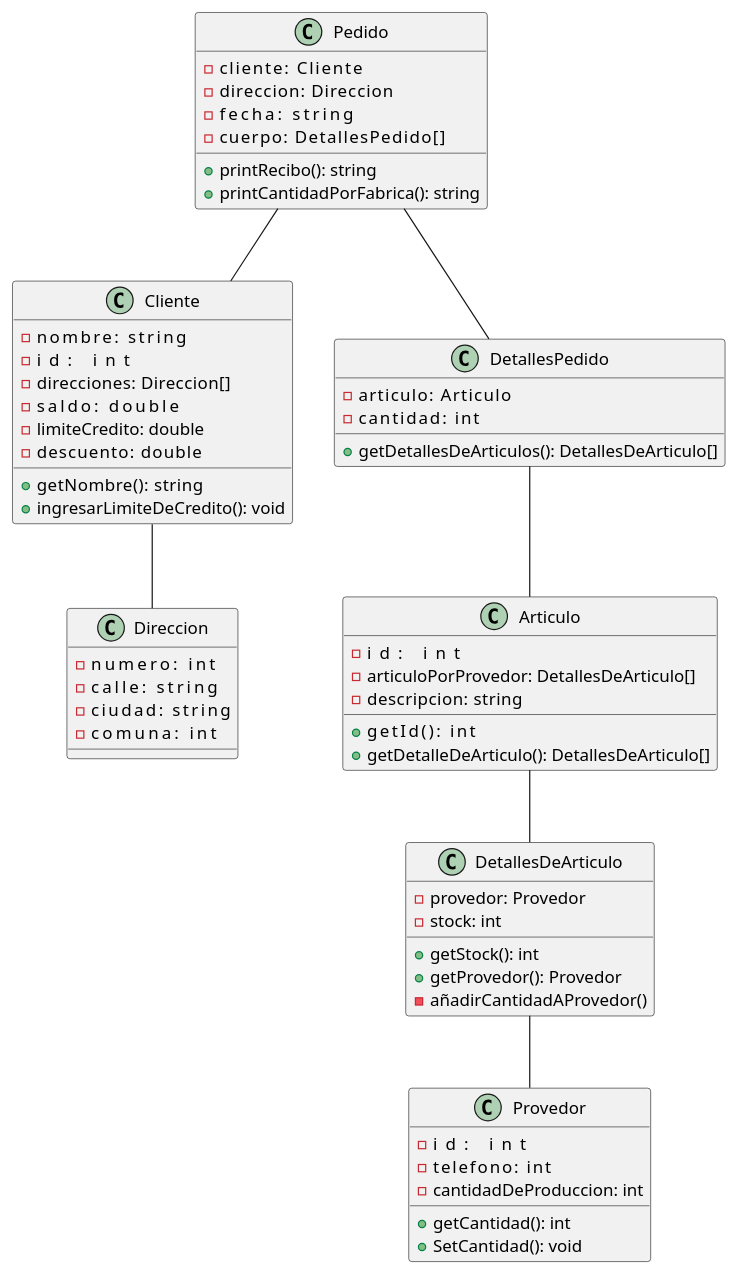
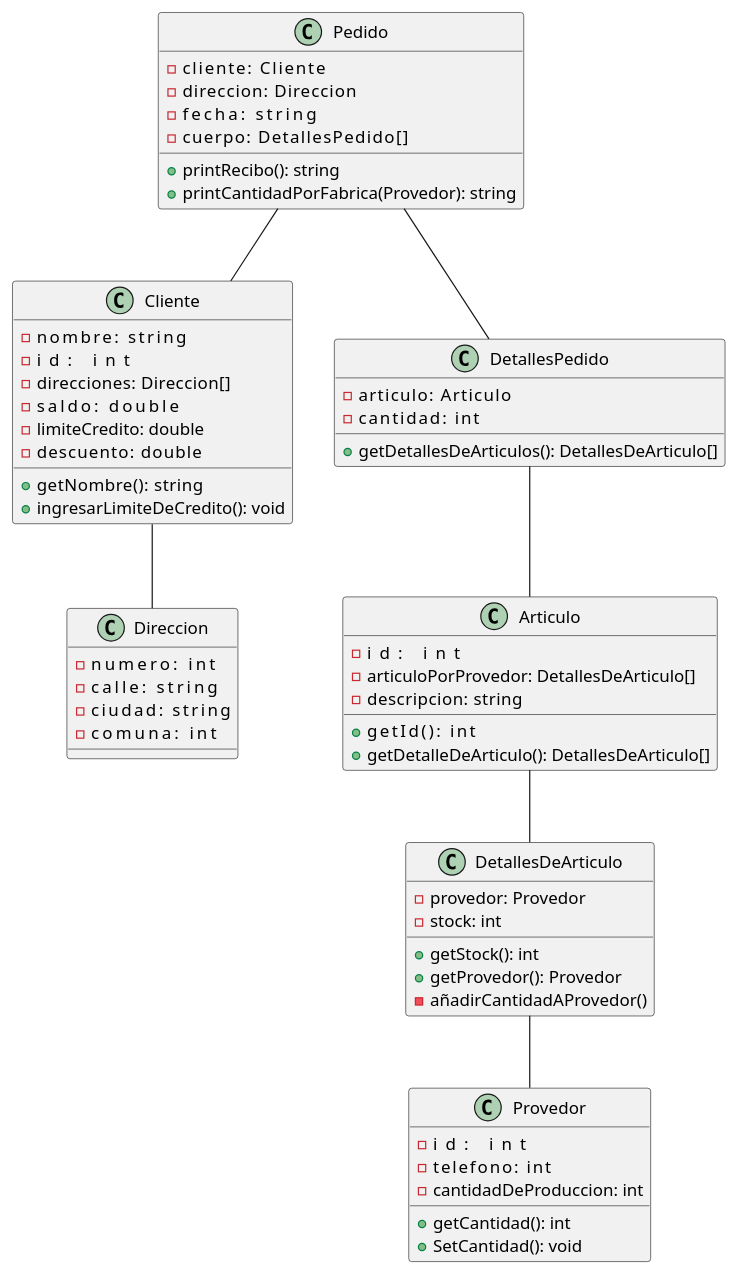
The diagram in segundo.puml (jorge1b3/UMLBasesDeDatos1), drawn with PlantUML before and after one commit.

```diff
--- a/segundo.puml
+++ b/segundo.puml
@@ -1,65 +1,65 @@
 @startuml Segundo
 class Cliente{
     -nombre:        string
     -id:            int
     -direcciones:   Direccion[]
     -saldo:         double
     -limiteCredito: double
     -descuento:     double
     +getNombre():   string
     +ingresarLimiteDeCredito(): void
 }
 
 class Articulo{
     -id:            int
     -articuloPorProvedor: DetallesDeArticulo[]
     -descripcion:   string
     +getId():       int
     +getDetalleDeArticulo(): DetallesDeArticulo[]
 }
 
 class DetallesDeArticulo{
     -provedor: Provedor
     -stock: int
     +getStock(): int
     +getProvedor(): Provedor
     -añadirCantidadAProvedor()
 }
 
 class Provedor{
     -id:            int
     -telefono:      int
     -cantidadDeProduccion: int
     +getCantidad(): int
     +SetCantidad(): void
 }
 
 class Pedido{
     -cliente:       Cliente
     -direccion:     Direccion
     -fecha:         string
     -cuerpo:        DetallesPedido[]
     +printRecibo(): string
-    +printCantidadPorFabrica(): string 
+    +printCantidadPorFabrica(Provedor): string 
 }
 
 class DetallesPedido{
     -articulo:      Articulo
     -cantidad:      int
     +getDetallesDeArticulos(): DetallesDeArticulo[]
 }
 
 class Direccion{
     -numero:        int
     -calle:         string
     -ciudad:        string
     -comuna:        int
 }
 
 Articulo -- DetallesDeArticulo
 DetallesDeArticulo -- Provedor
 Pedido -- DetallesPedido
 Pedido -- Cliente
 DetallesPedido -- Articulo
 Cliente -- Direccion
 @enduml
```
